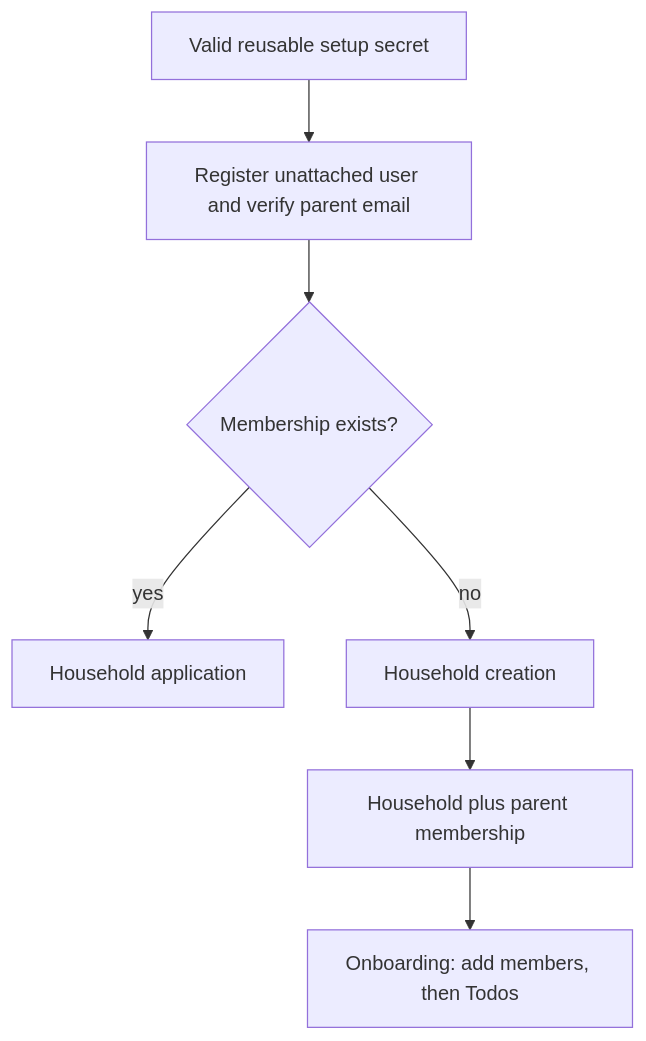
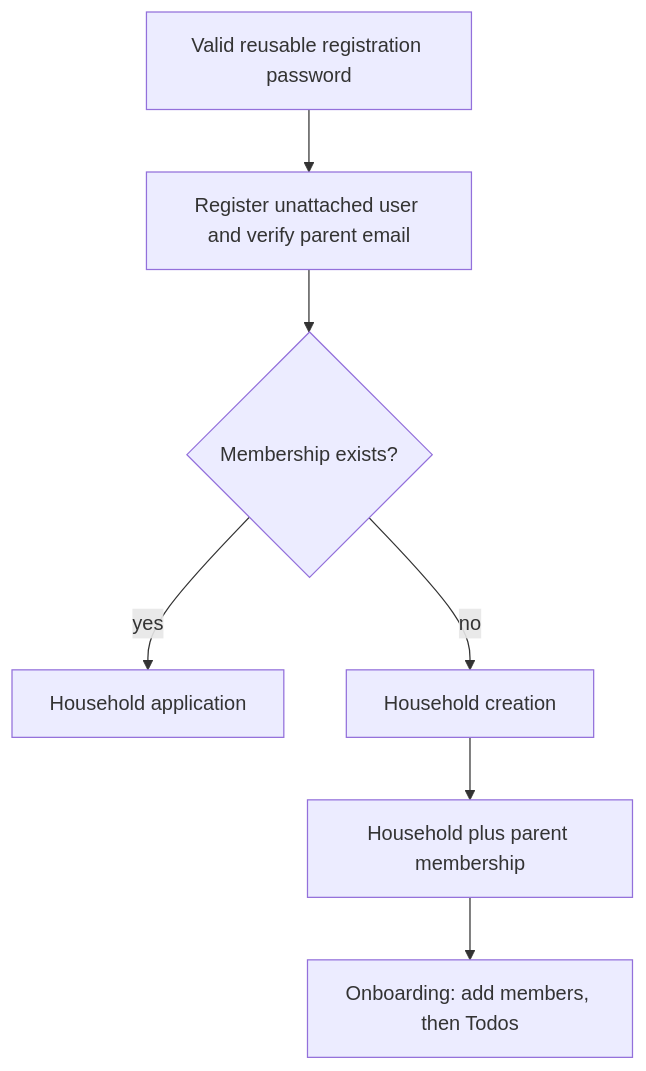
Before and after one commit to joew-ai/todone: the diagram in openspec/changes/bootstrap-household-membership/design.md, drawn with Mermaid. The commit also changed other lines of this file and 16 other files, not shown here.

````diff
--- a/openspec/changes/bootstrap-household-membership/design.md
+++ b/openspec/changes/bootstrap-household-membership/design.md
@@ -13,9 +13,9 @@
 ```mermaid
 flowchart TD
-    S[Valid reusable setup secret] --> A[Register unattached user and verify parent email]
+    S[Valid reusable registration password] --> A[Register unattached user and verify parent email]
     A --> B{Membership exists?}
     B -->|yes| C[Household application]
     B -->|no| D[Household creation]
     D --> E[Household plus parent membership]
     E --> F[Onboarding: add members, then Todos]
 ```
````
